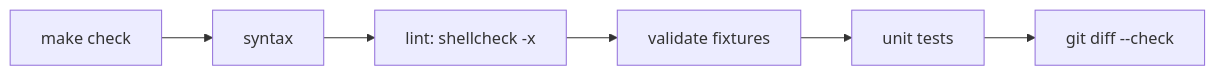
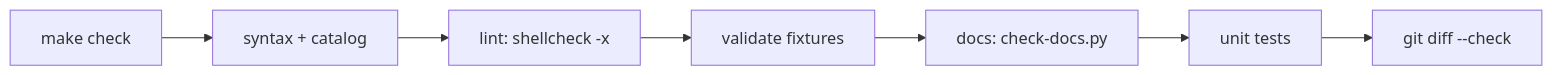
Before and after one commit to ahliweb/linux-mint-xfce-rescue-ai: the second of 2 diagrams in docs/testing.md, drawn with Mermaid. The commit also changed other lines of this file, not shown here.

````diff
--- a/docs/testing.md
+++ b/docs/testing.md
@@ -37,8 +46,9 @@
 ```mermaid
 flowchart LR
-    C[make check] --> A[syntax]
+    C[make check] --> A[syntax + catalog]
     A --> B[lint: shellcheck -x]
     B --> V[validate fixtures]
-    V --> T[unit tests]
+    V --> DC[docs: check-docs.py]
+    DC --> T[unit tests]
     T --> D[git diff --check]
 ```
````
